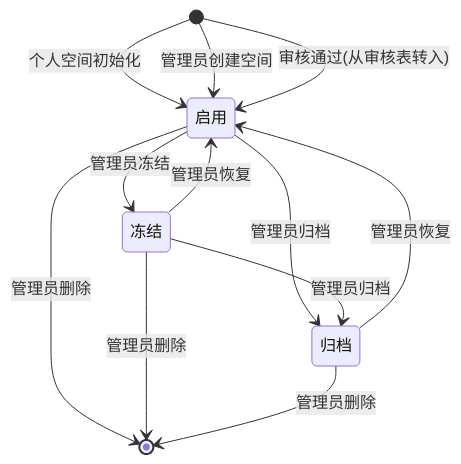
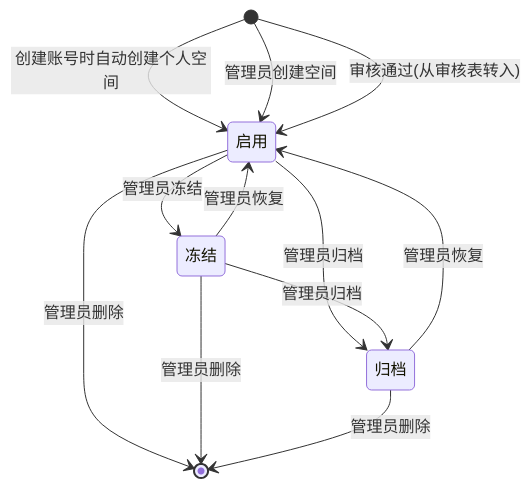
The second of 3 diagrams in PRDv2/00_工作空间PRD.md (choosenmanguo-glitch/GA_Project_Demo_0628), drawn with Mermaid before and after one commit. The commit also changed other lines of this file and 4 other files, not shown here.

````diff
--- a/PRDv2/00_工作空间PRD.md
+++ b/PRDv2/00_工作空间PRD.md
@@ -177,15 +170,15 @@
 ```mermaid
 stateDiagram-v2
-    [*] --> 启用: 个人空间初始化
+    [*] --> 启用: 创建账号时自动创建个人空间
     [*] --> 启用: 管理员创建空间
     [*] --> 启用: 审核通过(从审核表转入)
     启用 --> 冻结: 管理员冻结
     冻结 --> 启用: 管理员恢复
     启用 --> 归档: 管理员归档
     冻结 --> 归档: 管理员归档
     归档 --> 启用: 管理员恢复
     启用 --> [*]: 管理员删除
     冻结 --> [*]: 管理员删除
     归档 --> [*]: 管理员删除
 
 ```
````
